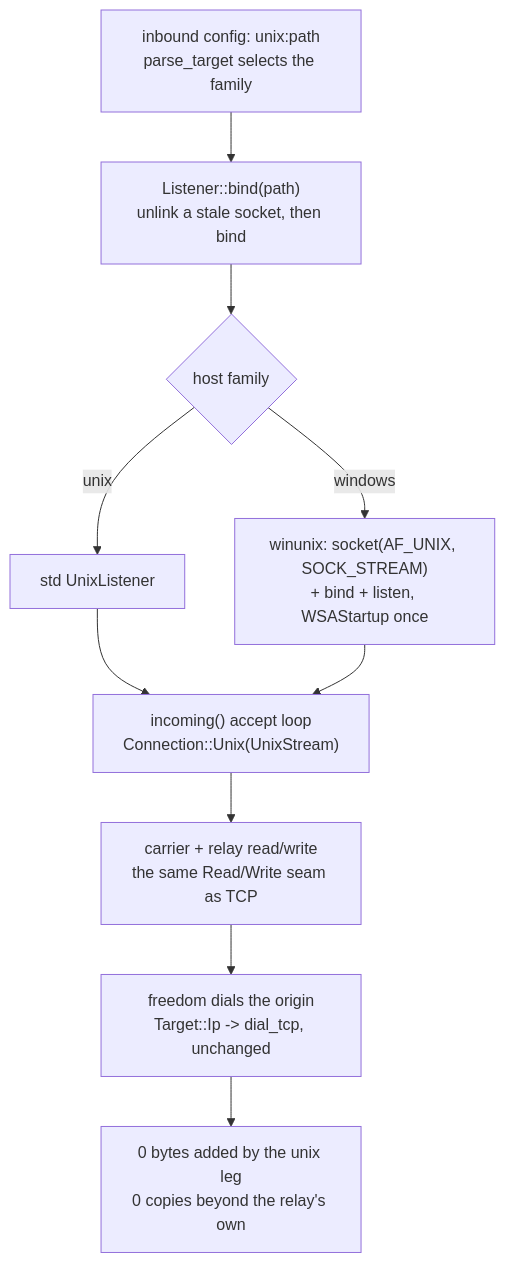
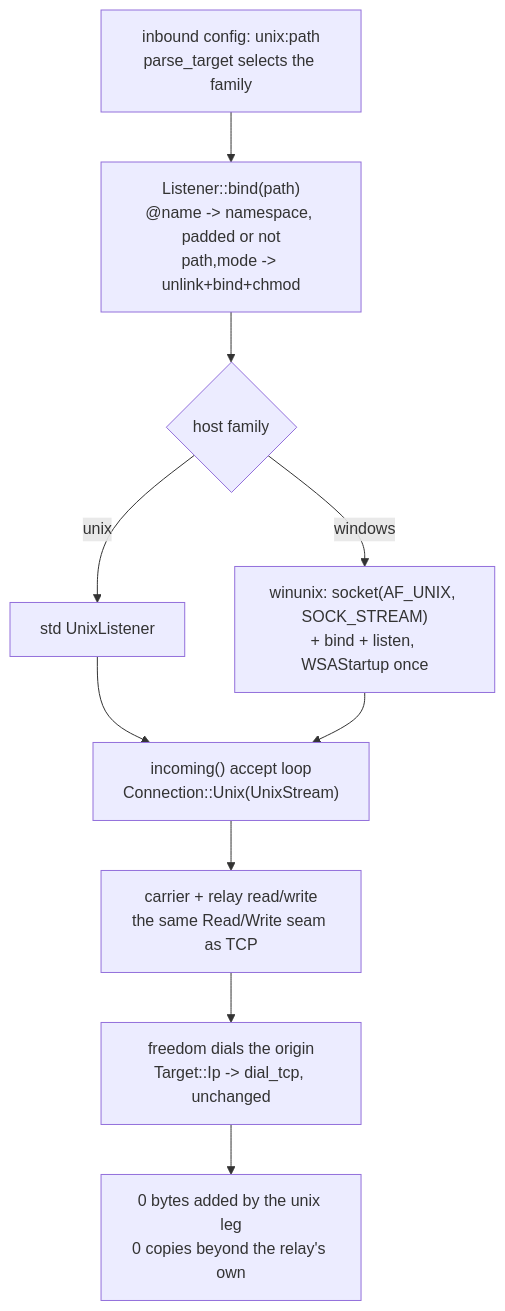
Before and after one commit to Ferrocite/ferrox: the diagram in docs/function/unix.md, drawn with Mermaid. The commit also changed other lines of this file and 3 other files, not shown here.

Commit message:
unix: read the abstract, padded and permission spellings

````diff
--- a/docs/function/unix.md
+++ b/docs/function/unix.md
@@ -15,12 +15,12 @@
 ```mermaid
 graph TD
-    A["inbound config: unix:path<br/>parse_target selects the family"] --> B["Listener::bind(path)<br/>unlink a stale socket, then bind"]
+    A["inbound config: unix:path<br/>parse_target selects the family"] --> B["Listener::bind(path)<br/>@name -> namespace, padded or not<br/>path,mode -> unlink+bind+chmod"]
     B --> W{"host family"}
     W -->|"unix"| B1["std UnixListener"]
     W -->|"windows"| B2["winunix: socket(AF_UNIX, SOCK_STREAM)<br/>+ bind + listen, WSAStartup once"]
     B1 --> I["incoming() accept loop<br/>Connection::Unix(UnixStream)"]
     B2 --> I
     I --> C["carrier + relay read/write<br/>the same Read/Write seam as TCP"]
     C --> D["freedom dials the origin<br/>Target::Ip -> dial_tcp, unchanged"]
     D --> Z["0 bytes added by the unix leg<br/>0 copies beyond the relay's own"]
 ```
````
